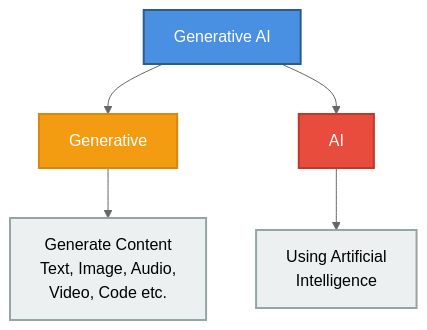
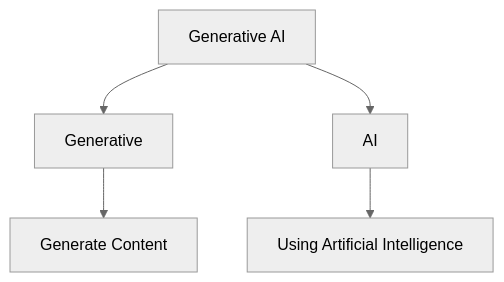
One commit to IrisChen04/comp4431-notes changed the diagram in lec1.md. Above: the diagram before and after it, drawn with Mermaid (neutral theme). The commit also changed 1 other file, not shown here.

Commit message:
Add Mermaid support and simplify diagram

````diff
--- a/lec1.md
+++ b/lec1.md
@@ -16,13 +16,7 @@
 ```mermaid
 graph TD
     A[Generative AI] --> B[Generative]
     A --> C[AI]
-    B --> D[Generate Content<br/>Text, Image, Audio,<br/>Video, Code etc.]
-    C --> E[Using Artificial<br/>Intelligence]
-    
-    style A fill:#4A90E2,stroke:#2E5C8A,stroke-width:2px,color:#fff
-    style B fill:#F39C12,stroke:#D68910,stroke-width:2px,color:#fff
-    style C fill:#E74C3C,stroke:#C0392B,stroke-width:2px,color:#fff
-    style D fill:#ECF0F1,stroke:#95A5A6,stroke-width:2px
-    style E fill:#ECF0F1,stroke:#95A5A6,stroke-width:2px
+    B --> D[Generate Content]
+    C --> E[Using Artificial Intelligence]
 ```
````
